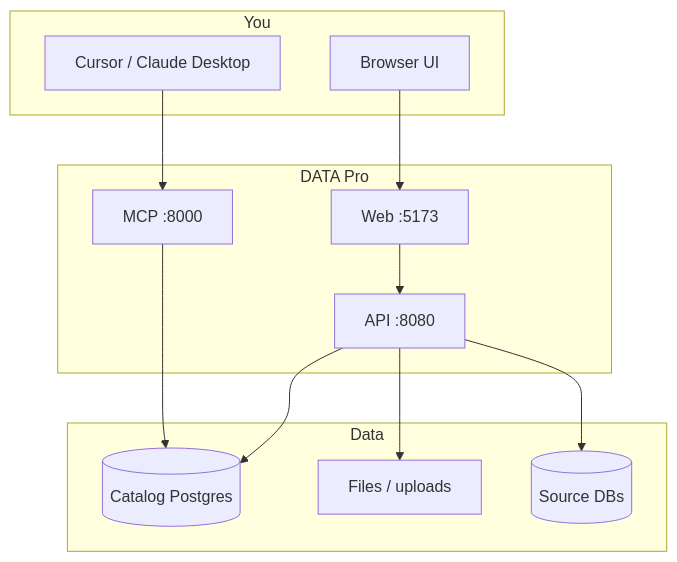
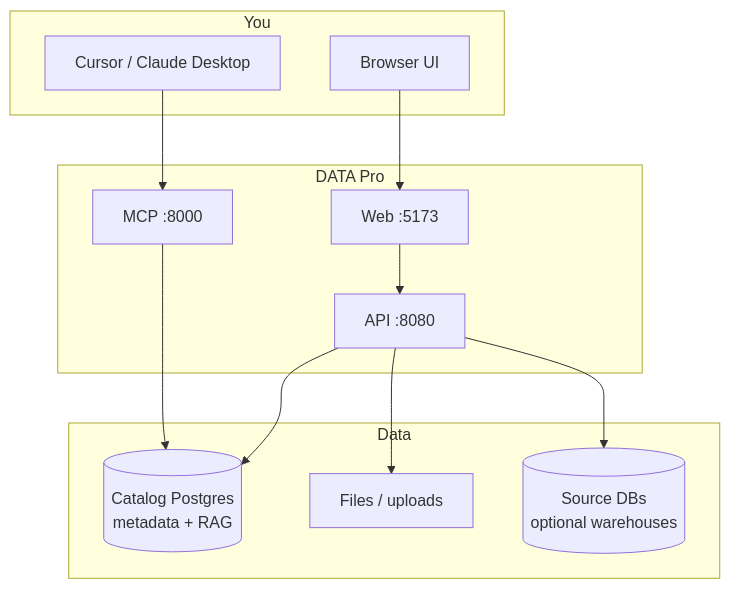
One commit to siva18k/datapro_ai changed the diagram in docs/concepts.md. Above: the diagram before and after it, drawn with Mermaid. The commit also changed other lines of this file and 54 other files, not shown here.

````diff
--- a/docs/concepts.md
+++ b/docs/concepts.md
@@ -17,27 +17,27 @@
 ```mermaid
 flowchart TB
     subgraph you [You]
         Browser[Browser UI]
         Cursor[Cursor / Claude Desktop]
     end
 
     subgraph app [DATA Pro]
         Web[Web :5173]
         API[API :8080]
         MCP[MCP :8000]
     end
 
     subgraph data [Data]
-        CatDB[(Catalog Postgres)]
+        CatDB[(Catalog Postgres<br/>metadata + RAG)]
         Files[Files / uploads]
-        SrcDB[(Source DBs)]
+        SrcDB[(Source DBs<br/>optional warehouses)]
     end
 
     Browser --> Web
     Web --> API
     Cursor --> MCP
     API --> CatDB
     MCP --> CatDB
     API --> Files
     API --> SrcDB
 ```
````
